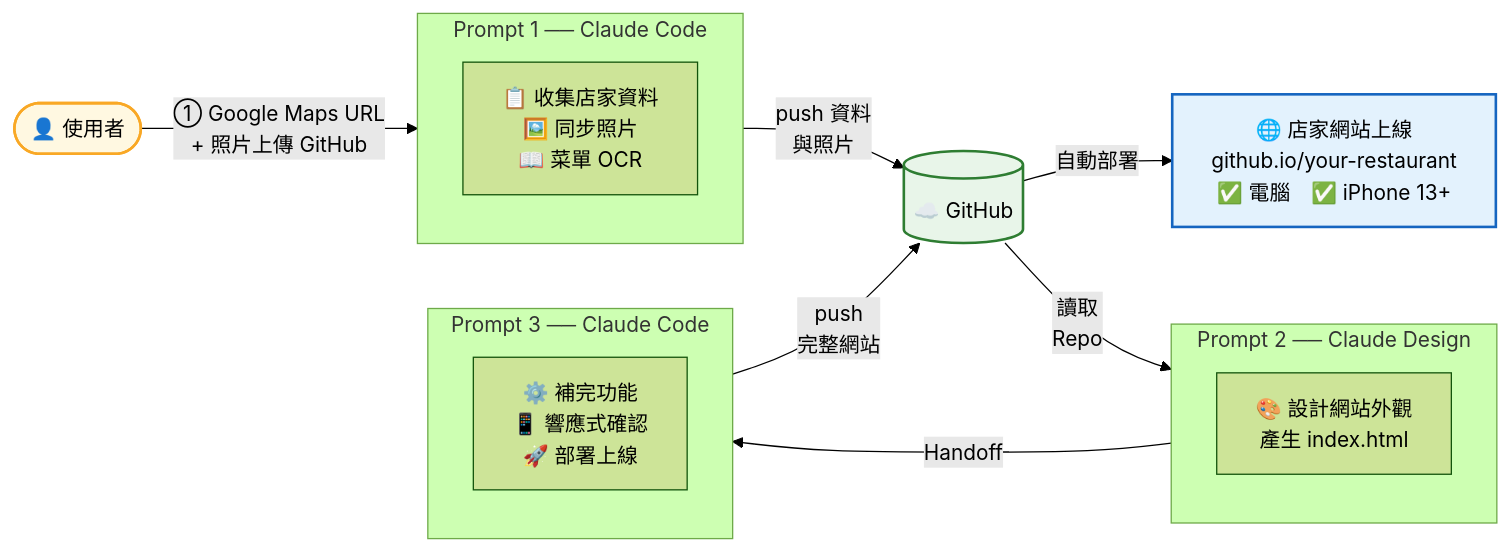
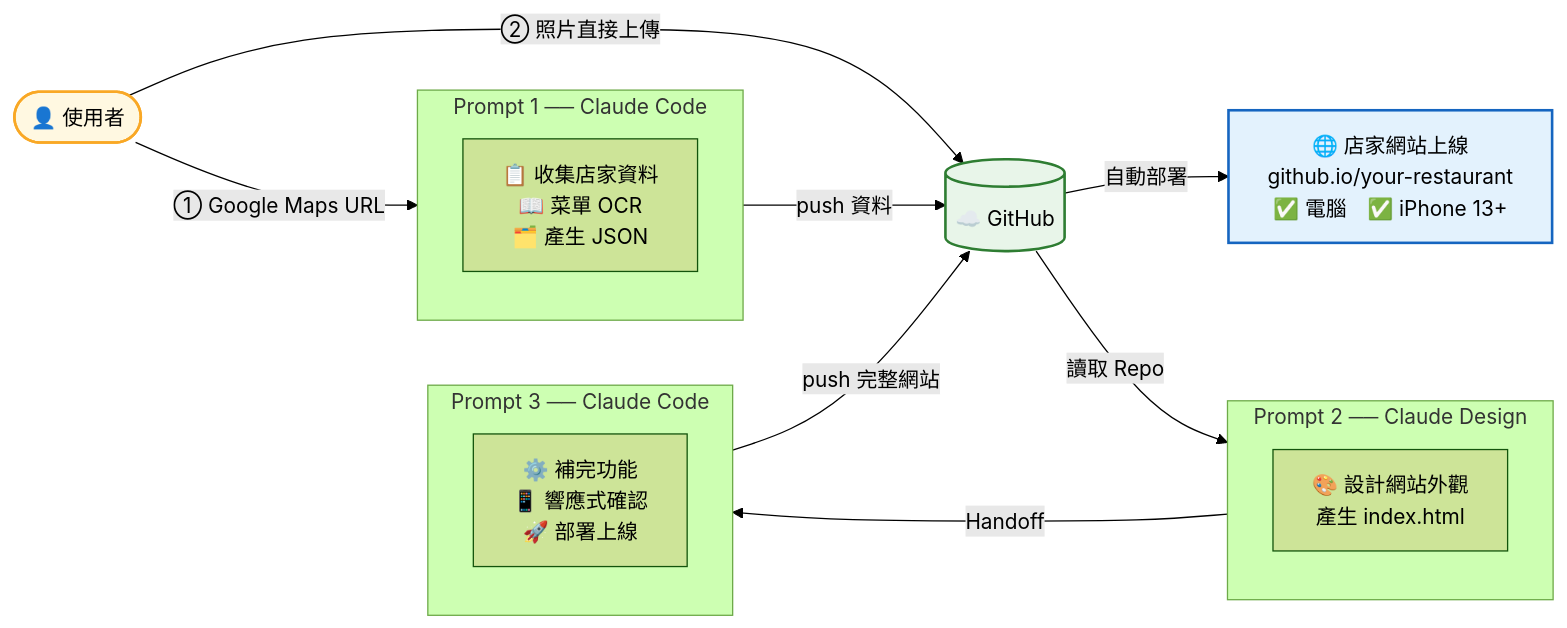
One commit to samsonchen/ai_workshop_assets changed the first of 2 diagrams in project_1_2/README.md. Above: the diagram before and after it, drawn with Mermaid (forest theme).

Commit message:
flowchart fixed

````diff
--- a/project_1_2/README.md
+++ b/project_1_2/README.md
@@ -18,34 +18,35 @@
 ```mermaid
 graph LR
     U(["👤 使用者"])
 
-    U -->|"① Google Maps URL\n+ 照片上傳 GitHub"| P1
+    U -->|"① Google Maps URL"| P1
+    U -->|"② 照片直接上傳"| GH[("☁️ GitHub")]
 
     subgraph P1["Prompt 1 ── Claude Code"]
-        P1X["📋 收集店家資料\n🖼️ 同步照片\n📖 菜單 OCR"]
+        P1X["📋 收集店家資料\n📖 菜單 OCR\n🗂️ 產生 JSON"]
     end
 
     subgraph P2["Prompt 2 ── Claude Design"]
         P2X["🎨 設計網站外觀\n產生 index.html"]
     end
 
     subgraph P3["Prompt 3 ── Claude Code"]
         P3X["⚙️ 補完功能\n📱 響應式確認\n🚀 部署上線"]
     end
 
     OUT["🌐 店家網站上線\ngithub.io/your-restaurant\n✅ 電腦　✅ iPhone 13+"]
 
-    P1 -->|"push 資料\n與照片"| GH[("☁️ GitHub")]
-    GH -->|"讀取\nRepo"| P2
+    P1 -->|"push 資料"| GH
+    GH -->|"讀取 Repo"| P2
     P2 -->|"Handoff"| P3
-    P3 -->|"push\n完整網站"| GH
+    P3 -->|"push 完整網站"| GH
     GH -->|"自動部署"| OUT
 
     classDef user fill:#fff8e1,stroke:#f9a825,stroke-width:2px
     classDef github fill:#e8f5e9,stroke:#2e7d32,stroke-width:2px
     classDef output fill:#e3f2fd,stroke:#1565c0,stroke-width:2px
 
     class U user
     class GH github
     class OUT output
 ```
````
